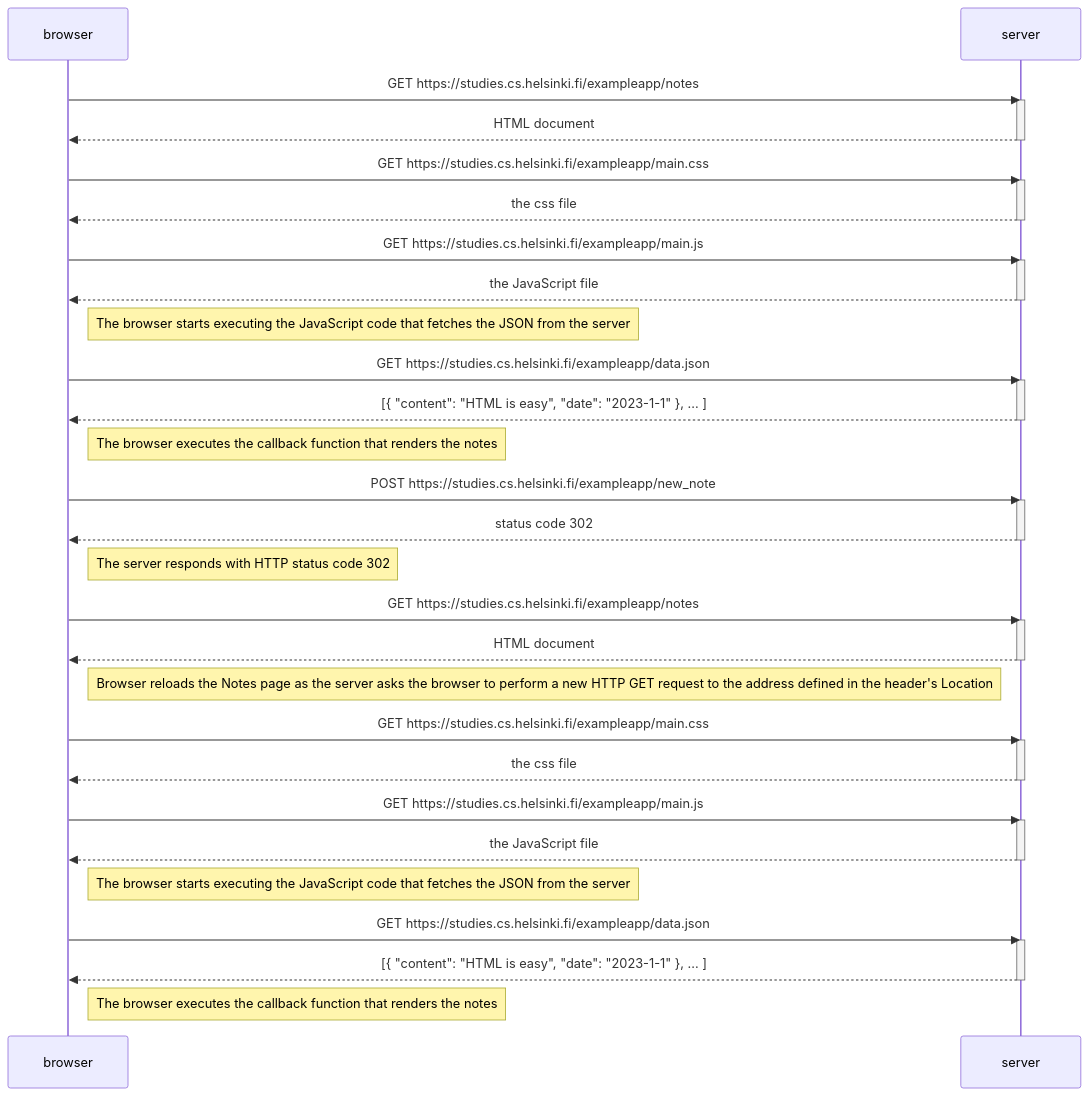
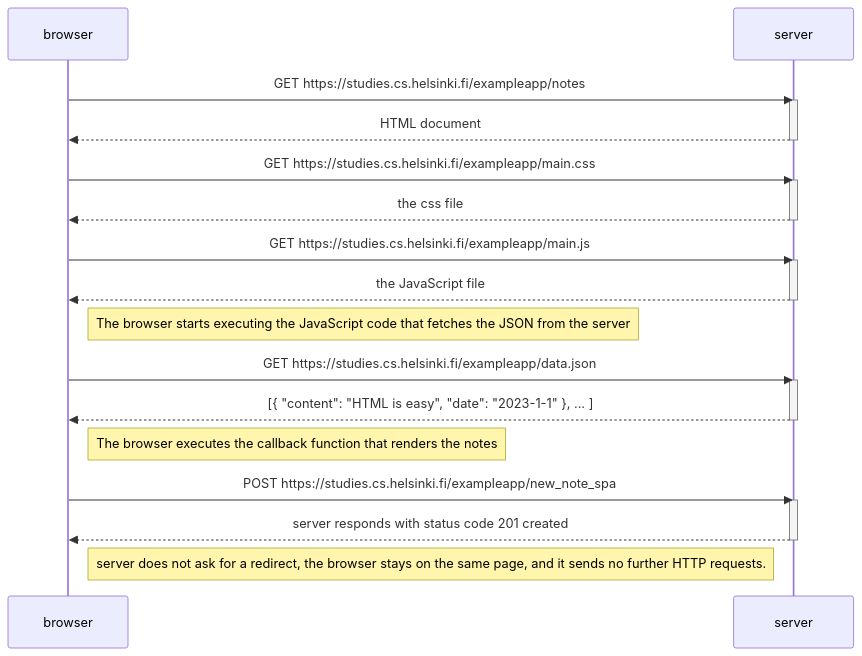
The diagram in part0/new-note-diagram/README.md (alifzwan/FullStack-Open), drawn with Mermaid before and after one commit.

````diff
--- a/part0/new-note-diagram/README.md
+++ b/part0/new-note-diagram/README.md
@@ -1,61 +1,38 @@
 ```mermaid
 sequenceDiagram
     participant browser
     participant server
 
     browser->>server: GET https://studies.cs.helsinki.fi/exampleapp/notes
     activate server
     server-->>browser: HTML document
     deactivate server
 
     browser->>server: GET https://studies.cs.helsinki.fi/exampleapp/main.css
     activate server
     server-->>browser: the css file
     deactivate server
 
     browser->>server: GET https://studies.cs.helsinki.fi/exampleapp/main.js
     activate server
     server-->>browser: the JavaScript file
     deactivate server
 
     Note right of browser: The browser starts executing the JavaScript code that fetches the JSON from the server
 
     browser->>server: GET https://studies.cs.helsinki.fi/exampleapp/data.json
     activate server
     server-->>browser: [{ "content": "HTML is easy", "date": "2023-1-1" }, ... ]
     deactivate server
 
     Note right of browser: The browser executes the callback function that renders the notes
 
-    browser->>server: POST https://studies.cs.helsinki.fi/exampleapp/new_note
+    browser->>server: POST https://studies.cs.helsinki.fi/exampleapp/new_note_spa
     activate server
-    server-->>browser: status code 302
+    server-->>browser: server responds with status code 201 created
     deactivate server
 
-    Note right of browser: The server responds with HTTP status code 302
+    Note right of browser: server does not ask for a redirect, the browser stays on the same page, and it sends no further HTTP requests.
 
-    browser->>server: GET https://studies.cs.helsinki.fi/exampleapp/notes
-    activate server
-    server-->>browser: HTML document
-    deactivate server
-    Note right of browser: Browser reloads the Notes page as the server asks the browser to perform a new HTTP GET request to the address defined in the header's Location 
-
-    browser->>server: GET https://studies.cs.helsinki.fi/exampleapp/main.css
-    activate server
-    server-->>browser: the css file
-    deactivate server
-
-    browser->>server: GET https://studies.cs.helsinki.fi/exampleapp/main.js
-    activate server
-    server-->>browser: the JavaScript file
-    deactivate server
-
-    Note right of browser: The browser starts executing the JavaScript code that fetches the JSON from the server
-
-    browser->>server: GET https://studies.cs.helsinki.fi/exampleapp/data.json
-    activate server
-    server-->>browser: [{ "content": "HTML is easy", "date": "2023-1-1" }, ... ]
-    deactivate server
-
-    Note right of browser: The browser executes the callback function that renders the notes
+    
 ``` 
````
